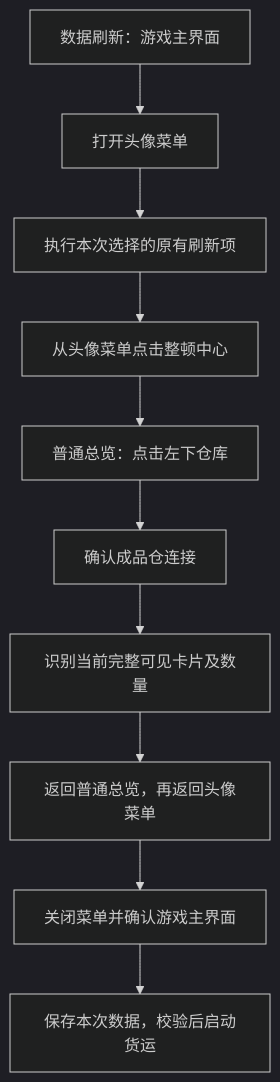
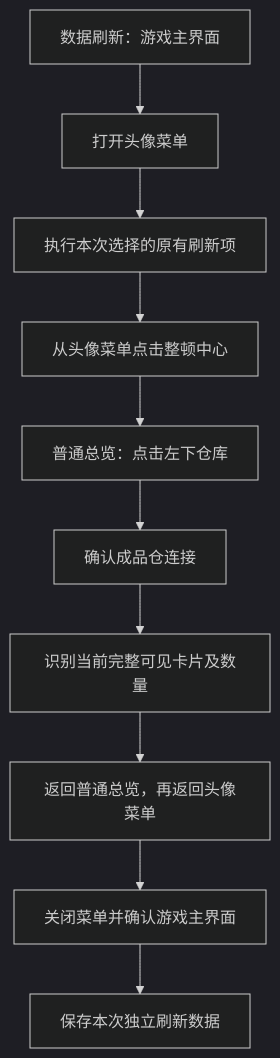
Before and after one commit to nightofknife/Aura_script_lsns: the diagram in docs/developer-guide/resonance-pc-visible-prison-products.md, drawn with Mermaid (dark theme). The commit also changed other lines of this file and 10 other files, not shown here.

````diff
--- a/docs/developer-guide/resonance-pc-visible-prison-products.md
+++ b/docs/developer-guide/resonance-pc-visible-prison-products.md
@@ -5,12 +5,12 @@
 ```mermaid
 flowchart TD
     A[数据刷新：游戏主界面] --> B[打开头像菜单]
     B --> C[执行本次选择的原有刷新项]
     C --> D[从头像菜单点击整顿中心]
     D --> E[普通总览：点击左下仓库]
     E --> F[确认成品仓连接]
     F --> G[识别当前完整可见卡片及数量]
     G --> H[返回普通总览，再返回头像菜单]
     H --> I[关闭菜单并确认游戏主界面]
-    I --> J[保存本次数据，校验后启动货运]
+    I --> J[保存本次独立刷新数据]
 ```
````
